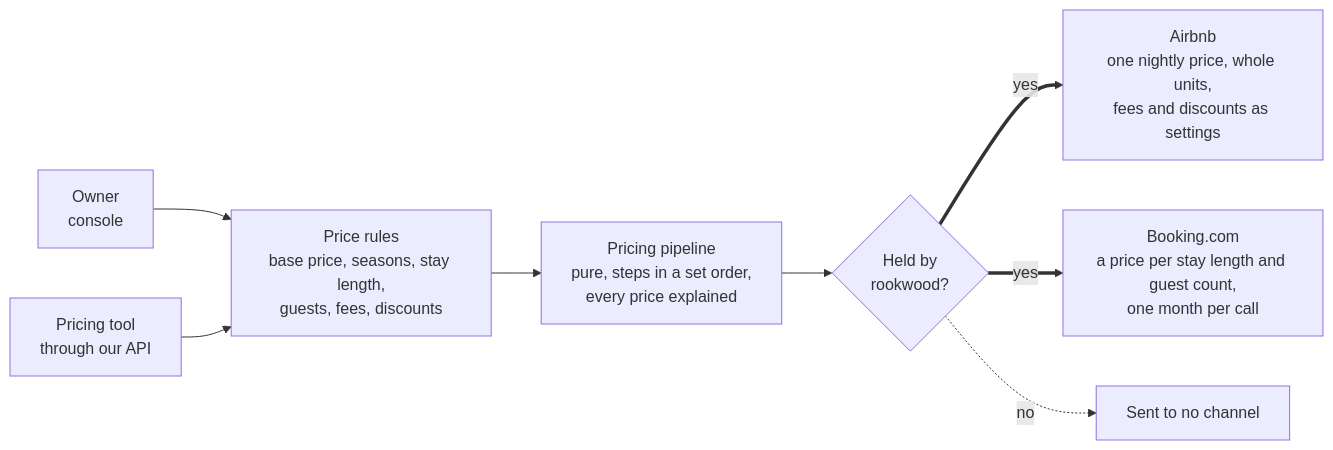
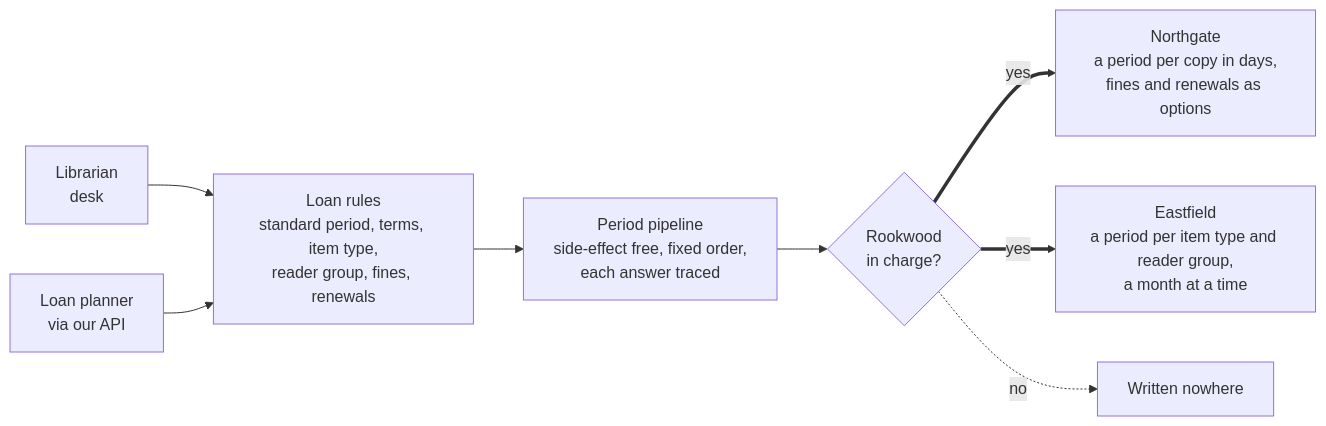
One commit to Neaox/quill changed the third of 7 diagrams in packages/markdown/corpus/20-architecture-map.md. Above: the diagram before and after it, drawn with Mermaid. The commit also changed other lines of this file and 90 other files, not shown here.

````diff
--- a/packages/markdown/corpus/20-architecture-map.md
+++ b/packages/markdown/corpus/20-architecture-map.md
@@ -117,13 +117,13 @@
 ```mermaid
 flowchart LR
-  accTitle: Prices are rules until a channel needs them
-  accDescr: The owner and the pricing tool write price rules; the pricing pipeline evaluates them and, when rookwood holds the price, shapes it for Airbnb and Booking.com.
+  accTitle: Loan periods stay rules until asked for
+  accDescr: Librarians and the loan planner record loan rules; the period pipeline works them through and, where Rookwood is in charge, formats the result for Northgate and Eastfield.
 
-  owner["Owner<br>console"] --> rules
-  tool["Pricing tool<br>through our API"] --> rules
-  rules["Price rules<br>base price, seasons, stay length,<br>guests, fees, discounts"] --> pipeline
-  pipeline["Pricing pipeline<br>pure, steps in a set order,<br>every price explained"] --> held{"Held by<br>rookwood?"}
-  held ==>|yes| airbnb["Airbnb<br>one nightly price, whole units,<br>fees and discounts as settings"]
-  held ==>|yes| booking["Booking.com<br>a price per stay length and guest count,<br>one month per call"]
-  held -.->|no| none["Sent to no channel"]
+  staff["Librarian<br>desk"] --> rules
+  tool["Loan planner<br>via our API"] --> rules
+  rules["Loan rules<br>standard period, terms, item type,<br>reader group, fines, renewals"] --> pipeline
+  pipeline["Period pipeline<br>side-effect free, fixed order,<br>each answer traced"] --> held{"Rookwood<br>in charge?"}
+  held ==>|yes| northgate["Northgate<br>a period per copy in days,<br>fines and renewals as options"]
+  held ==>|yes| eastfield["Eastfield<br>a period per item type and reader group,<br>a month at a time"]
+  held -.->|no| none["Written nowhere"]
 ```
````
